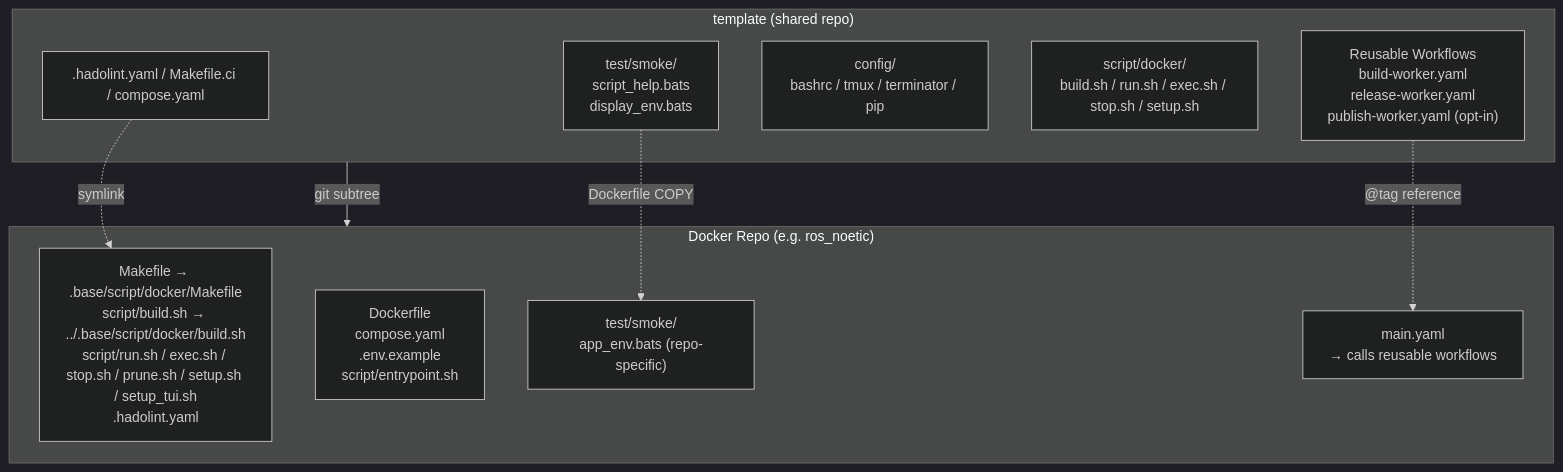
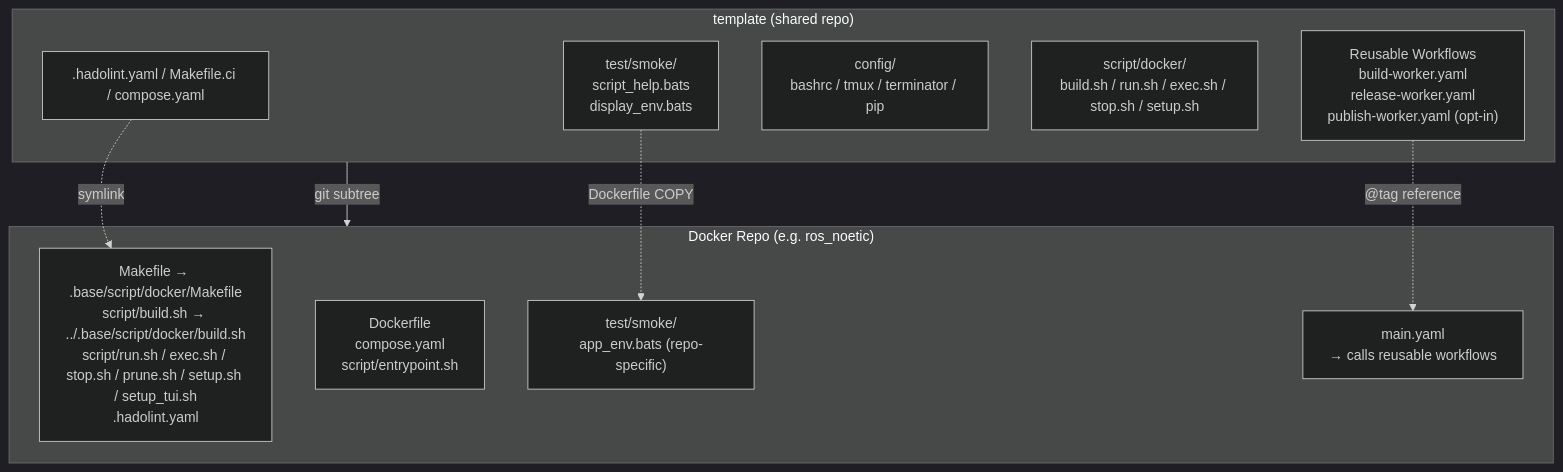
Before and after one commit to ycpss91255-docker/base: the first of 2 diagrams in README.md, drawn with Mermaid (dark theme). The commit also changed other lines of this file and 24 other files, not shown here.

````diff
--- a/README.md
+++ b/README.md
@@ -56,22 +56,22 @@
 ```mermaid
 graph TB
     subgraph template["template (shared repo)"]
         scripts[".hadolint.yaml / Makefile.ci / compose.yaml"]
         smoke["test/smoke/<br/>script_help.bats<br/>display_env.bats"]
         config["config/<br/>bashrc / tmux / terminator / pip"]
         mgmt["script/docker/<br/>build.sh / run.sh / exec.sh / stop.sh / setup.sh"]
         workflows["Reusable Workflows<br/>build-worker.yaml<br/>release-worker.yaml<br/>publish-worker.yaml (opt-in)"]
     end
 
     subgraph consumer["Docker Repo (e.g. ros_noetic)"]
         symlinks["Makefile → .base/script/docker/Makefile<br/>script/build.sh → ../.base/script/docker/build.sh<br/>script/run.sh / exec.sh / stop.sh / prune.sh / setup.sh / setup_tui.sh<br/>.hadolint.yaml"]
-        dockerfile["Dockerfile<br/>compose.yaml<br/>.env.example<br/>script/entrypoint.sh"]
+        dockerfile["Dockerfile<br/>compose.yaml<br/>script/entrypoint.sh"]
         repo_test["test/smoke/<br/>app_env.bats (repo-specific)"]
         main_yaml["main.yaml<br/>→ calls reusable workflows"]
     end
 
     template -- "git subtree" --> consumer
     scripts -. symlink .-> symlinks
     smoke -. "Dockerfile COPY" .-> repo_test
     workflows -. "@tag reference" .-> main_yaml
 ```
````
